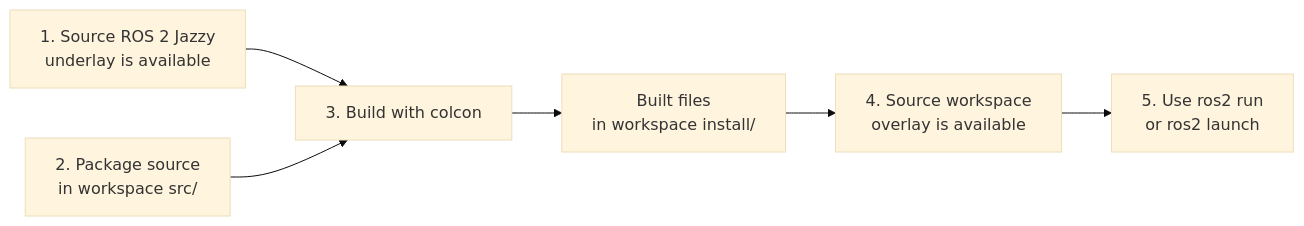
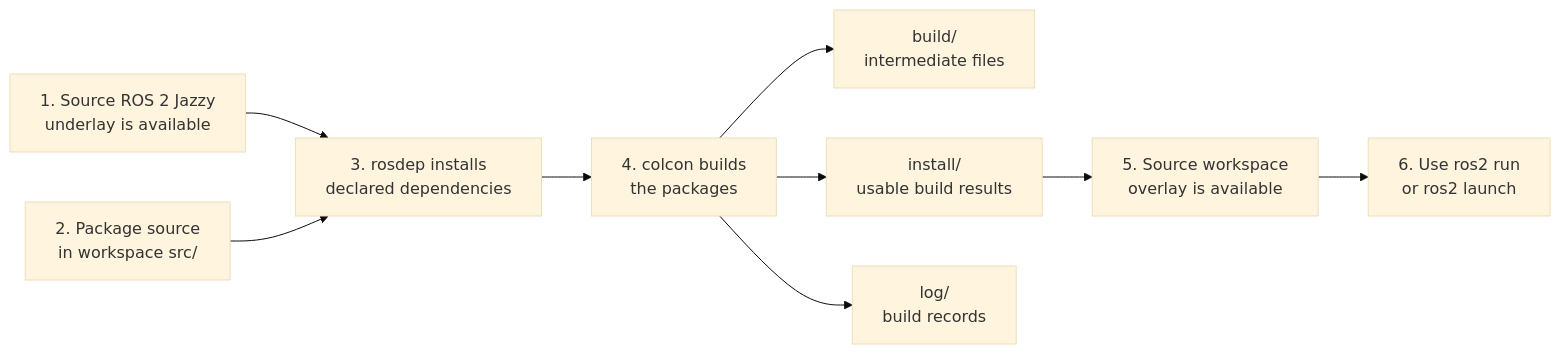
Before and after one commit to hoanbklucky/eel4332-autonomous-vehicle-labs: the diagram in lab01_ros2_gazebo_fundamentals/ros2_fundamentals_part2.md, drawn with Mermaid (base theme). The commit also changed other lines of this file, not shown here.

Commit message:
Update ROS 2 fundamentals guide to include dependency installation step and clarify build process

````diff
--- a/lab01_ros2_gazebo_fundamentals/ros2_fundamentals_part2.md
+++ b/lab01_ros2_gazebo_fundamentals/ros2_fundamentals_part2.md
@@ -59,8 +70,11 @@
 ```mermaid
 flowchart LR
-    base_underlay["1. Source ROS 2 Jazzy<br/>underlay is available"] --> colcon_step
-    package_source["2. Package source<br/>in workspace src/"] --> colcon_step["3. Build with colcon"]
-    colcon_step --> install_tree["Built files<br/>in workspace install/"]
-    install_tree --> workspace_overlay["4. Source workspace<br/>overlay is available"]
-    workspace_overlay --> ros_command["5. Use ros2 run<br/>or ros2 launch"]
+    base_underlay["1. Source ROS 2 Jazzy<br/>underlay is available"] --> rosdep_step
+    package_source["2. Package source<br/>in workspace src/"] --> rosdep_step["3. rosdep installs<br/>declared dependencies"]
+    rosdep_step --> colcon_step["4. colcon builds<br/>the packages"]
+    colcon_step --> build_tree["build/<br/>intermediate files"]
+    colcon_step --> install_tree["install/<br/>usable build results"]
+    colcon_step --> log_tree["log/<br/>build records"]
+    install_tree --> workspace_overlay["5. Source workspace<br/>overlay is available"]
+    workspace_overlay --> ros_command["6. Use ros2 run<br/>or ros2 launch"]
 ```
````
